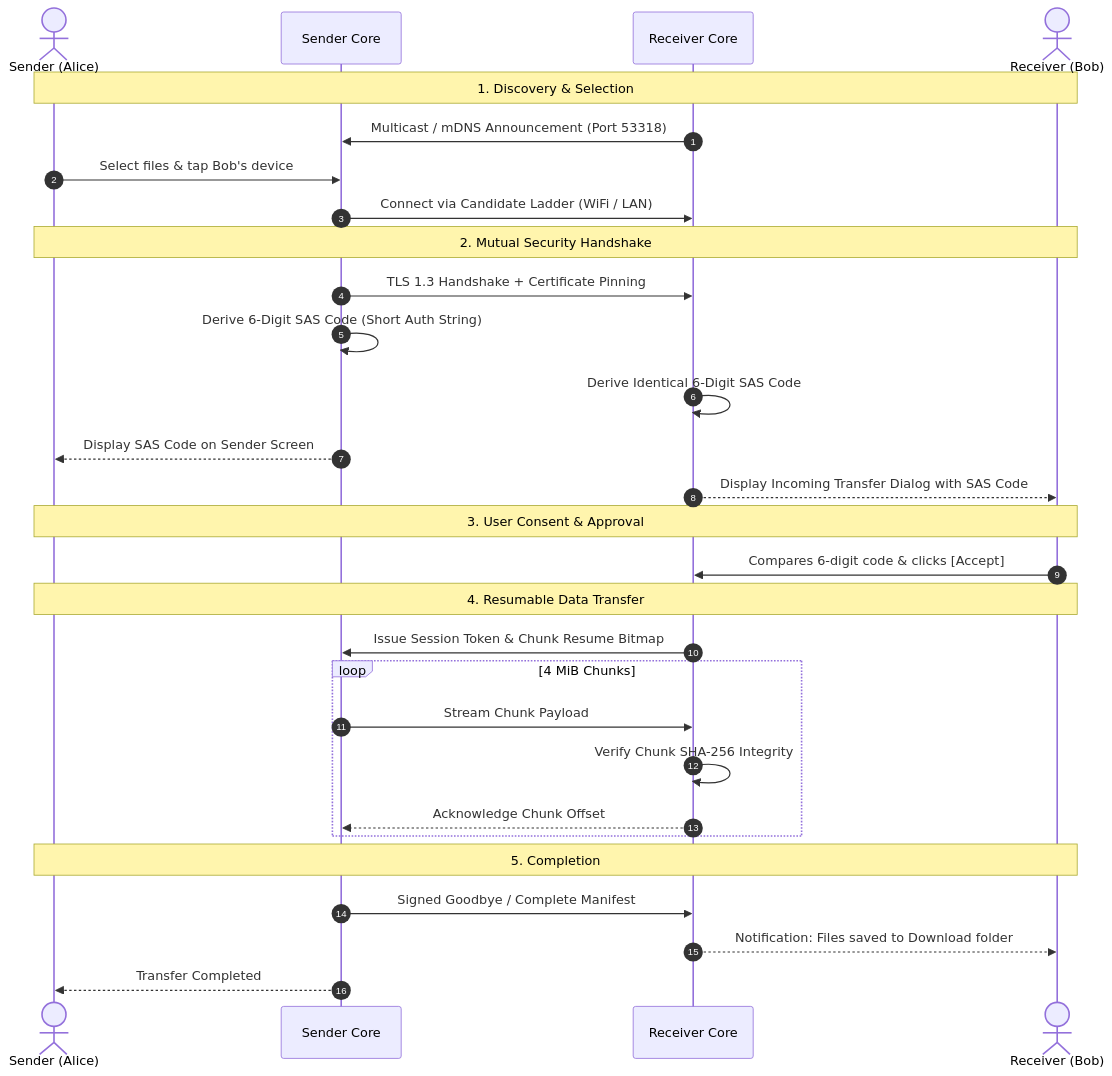
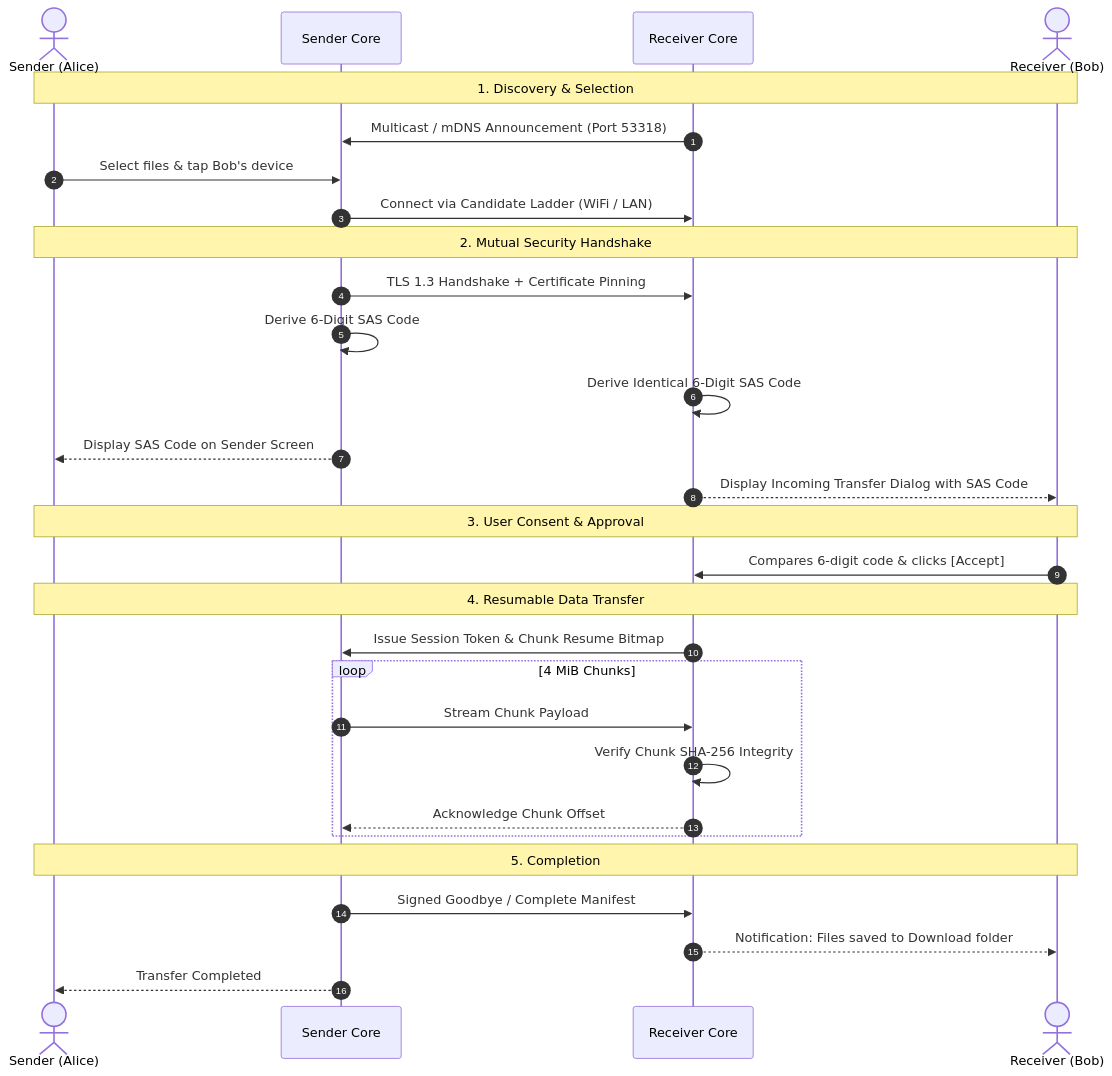
One commit to kirat11X/LibreShare changed the diagram in README.md. Above: the diagram before and after it, drawn with Mermaid. The commit also changed other lines of this file and 1 other file, not shown here.

````diff
--- a/README.md
+++ b/README.md
@@ -54,36 +106,36 @@
 ```mermaid
 sequenceDiagram
     autonumber
     actor Alice as Sender (Alice)
     participant CoreA as Sender Core
     participant CoreB as Receiver Core
     actor Bob as Receiver (Bob)
 
     Note over Alice,Bob: 1. Discovery & Selection
     CoreB->>CoreA: Multicast / mDNS Announcement (Port 53318)
     Alice->>CoreA: Select files & tap Bob's device
     CoreA->>CoreB: Connect via Candidate Ladder (WiFi / LAN)
 
     Note over Alice,Bob: 2. Mutual Security Handshake
     CoreA->>CoreB: TLS 1.3 Handshake + Certificate Pinning
-    CoreA->>CoreA: Derive 6-Digit SAS Code (Short Auth String)
+    CoreA->>CoreA: Derive 6-Digit SAS Code
     CoreB->>CoreB: Derive Identical 6-Digit SAS Code
     CoreA-->>Alice: Display SAS Code on Sender Screen
     CoreB-->>Bob: Display Incoming Transfer Dialog with SAS Code
 
     Note over Alice,Bob: 3. User Consent & Approval
     Bob->>CoreB: Compares 6-digit code & clicks [Accept]
 
     Note over Alice,Bob: 4. Resumable Data Transfer
     CoreB->>CoreA: Issue Session Token & Chunk Resume Bitmap
     loop 4 MiB Chunks
         CoreA->>CoreB: Stream Chunk Payload
         CoreB->>CoreB: Verify Chunk SHA-256 Integrity
         CoreB-->>CoreA: Acknowledge Chunk Offset
     end
 
     Note over Alice,Bob: 5. Completion
     CoreA->>CoreB: Signed Goodbye / Complete Manifest
     CoreB-->>Bob: Notification: Files saved to Download folder
     CoreA-->>Alice: Transfer Completed
 ```
````
